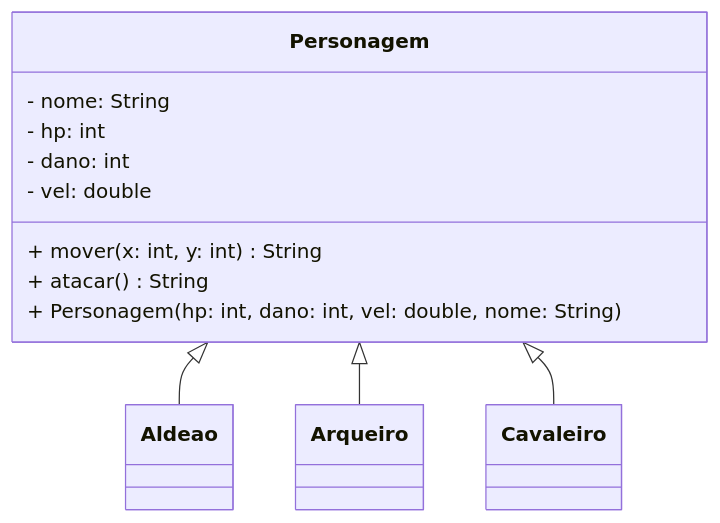
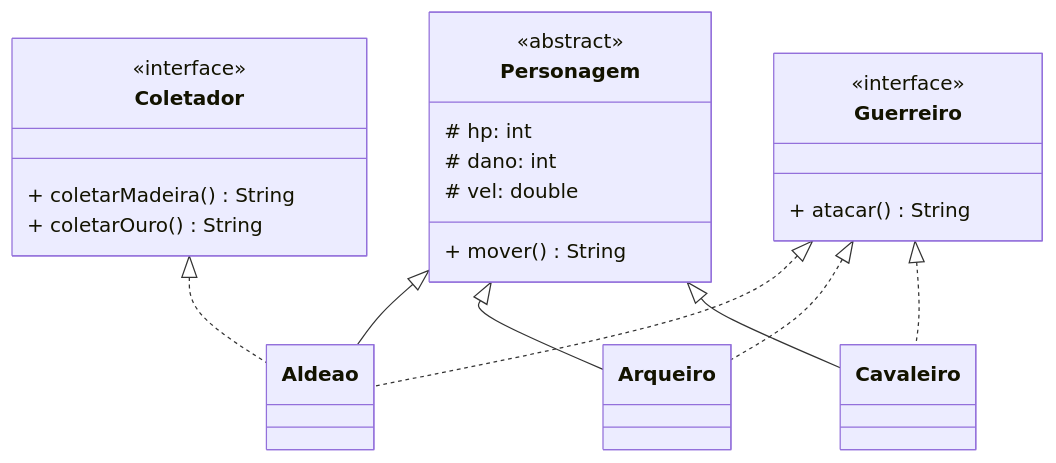
One commit to sfvini/POO changed the diagram in aula_14/ex_01/README.md. Above: the diagram before and after it, drawn with Mermaid. The commit also changed 34 other files, not shown here.

````diff
--- a/aula_14/ex_01/README.md
+++ b/aula_14/ex_01/README.md
@@ -3,19 +3,34 @@
 ```mermaid
 
 classDiagram
-    direction TB
-    
+direction TB
+
+    class Coletador {
+        <<interface>>
+        + coletarMadeira() String
+        + coletarOuro() String
+    }
+
+    class Personagem {
+        <<abstract>>
+        # hp: int
+        # dano: int
+        # vel: double
+        + mover() String
+    }
+
+    class Guerreiro {
+        <<interface>>
+        + atacar() String
+    }
+
     Personagem <|-- Aldeao
     Personagem <|-- Arqueiro
     Personagem <|-- Cavaleiro
-
-    class Personagem {
-        - nome: String
-        - hp: int
-        - dano: int
-        - vel: double
-        + mover(x: int, y: int) String
-        + atacar() String
-        + Personagem(hp: int, dano: int, vel: double, nome: String)
-    }
+    
+    Coletador <|.. Aldeao
+    Guerreiro <|.. Aldeao
+    
+    Guerreiro <|.. Arqueiro
+    Guerreiro <|.. Cavaleiro
 ```
````
